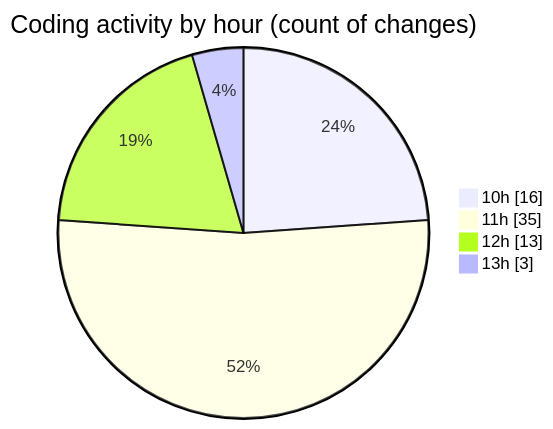
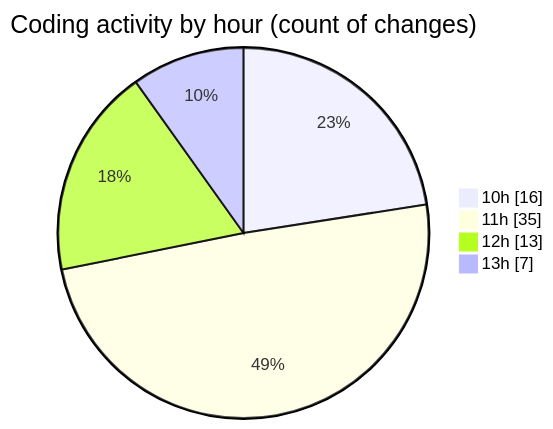
The second of 2 diagrams in 2025-02-20/micros/README.md (charlie-sans/code-tracking), drawn with Mermaid before and after one commit. The commit also changed other lines of this file and 1 other file, not shown here.

````diff
--- a/2025-02-20/micros/README.md
+++ b/2025-02-20/micros/README.md
@@ -48,8 +49,8 @@
 ```mermaid
 pie showData
 title Coding activity by hour (count of changes)
 "10h" : 16
 "11h" : 35
 "12h" : 13
-"13h" : 3
+"13h" : 7
 ```
````
